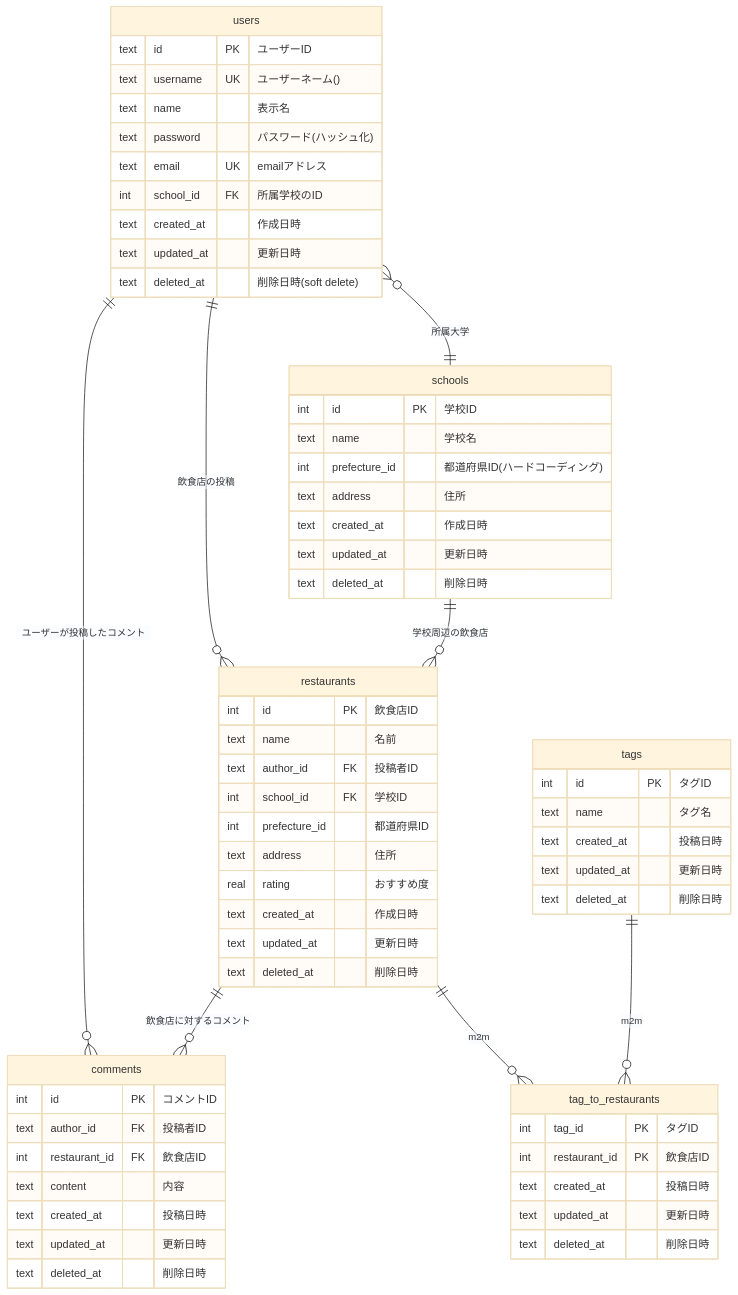
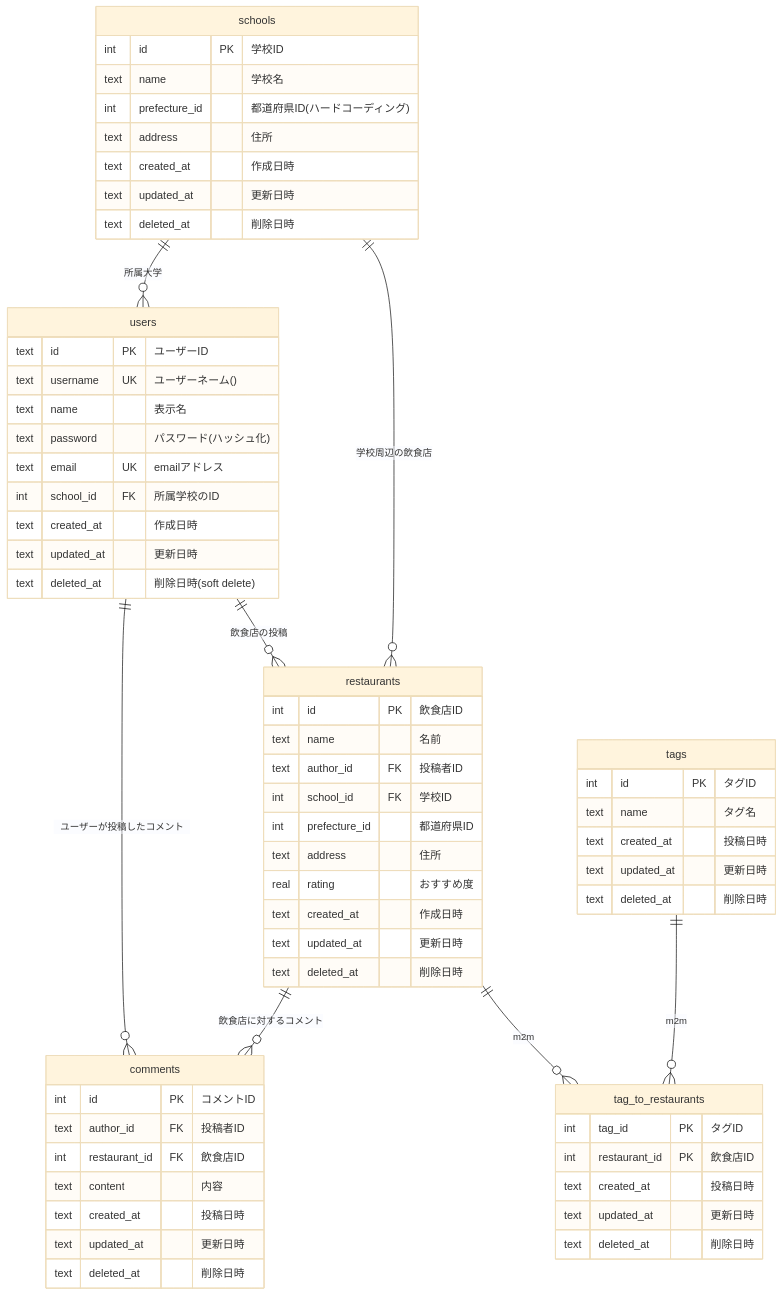
One commit to Daaaai0809/youniplaza changed the diagram in docs/ER.md. Above: the diagram before and after it, drawn with Mermaid (base theme). The commit also changed 5 other files, not shown here.

````diff
--- a/docs/ER.md
+++ b/docs/ER.md
@@ -4,71 +4,71 @@
 ```mermaid
 erDiagram
 users {
     text id PK "ユーザーID"
     text username UK "ユーザーネーム()"
     text name "表示名"
     text password "パスワード(ハッシュ化)"
     text email UK "emailアドレス"
     int school_id FK "所属学校のID"
     text created_at "作成日時"
     text updated_at "更新日時"
     text deleted_at "削除日時(soft delete)"
 }
 
 schools {
     int id PK "学校ID"
     text name "学校名"
     int prefecture_id "都道府県ID(ハードコーディング)"
     text address "住所"
     text created_at "作成日時"
     text updated_at "更新日時"
     text deleted_at "削除日時"
 }
 
 restaurants {
     int id PK "飲食店ID"
     text name "名前"
     text author_id FK "投稿者ID"
     int school_id FK "学校ID"
     int prefecture_id "都道府県ID"
     text address "住所"
     real rating "おすすめ度"
     text created_at "作成日時"
     text updated_at "更新日時"
     text deleted_at "削除日時"
 }
 
 comments { 
     int id PK "コメントID"
     text author_id FK "投稿者ID"
     int restaurant_id FK "飲食店ID"
     text content "内容"
     text created_at "投稿日時"
     text updated_at "更新日時"
     text deleted_at "削除日時"
 }
 
 tags {
     int id PK "タグID"
     text name "タグ名"
     text created_at "投稿日時"
     text updated_at "更新日時"
     text deleted_at "削除日時"
 }
 
 tag_to_restaurants {
     int tag_id PK "タグID"
     int restaurant_id PK "飲食店ID"
     text created_at "投稿日時"
     text updated_at "更新日時"
     text deleted_at "削除日時"
 }
 
-users }o--|| schools : "所属大学"
 users ||--o{ restaurants : "飲食店の投稿"
 users ||--o{ comments : "ユーザーが投稿したコメント"
 schools ||--o{ restaurants : "学校周辺の飲食店"
+schools ||--o{ users : "所属大学"
 restaurants ||--o{ comments : "飲食店に対するコメント"
 restaurants ||--o{ tag_to_restaurants : "m2m"
 tags ||--o{ tag_to_restaurants : "m2m"
 ```
````
